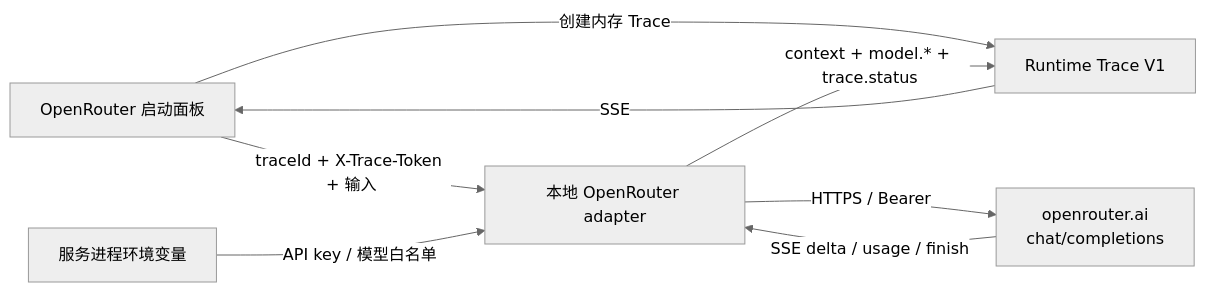
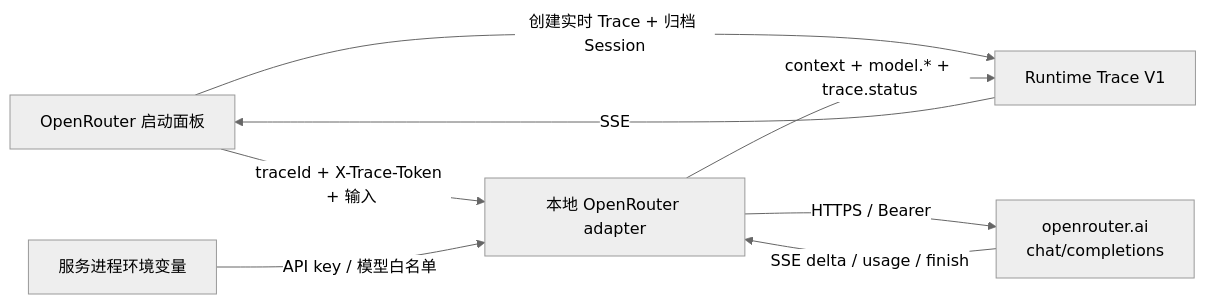
One commit to LasVie/OpenJiuwen_Visualization changed the diagram in docs/openrouter-provider-v1.md. Above: the diagram before and after it, drawn with Mermaid (neutral theme). The commit also changed other lines of this file and 51 other files, not shown here.

````diff
--- a/docs/openrouter-provider-v1.md
+++ b/docs/openrouter-provider-v1.md
@@ -7,10 +7,10 @@
 ```mermaid
 flowchart LR
-  UI["OpenRouter 启动面板"] -->|"创建内存 Trace"| Trace["Runtime Trace V1"]
+  UI["OpenRouter 启动面板"] -->|"创建实时 Trace + 归档 Session"| Trace["Runtime Trace V1"]
   UI -->|"traceId + X-Trace-Token + 输入"| Adapter["本地 OpenRouter adapter"]
   Env["服务进程环境变量"] -->|"API key / 模型白名单"| Adapter
   Adapter -->|"HTTPS / Bearer"| OR["openrouter.ai\nchat/completions"]
   OR -->|"SSE delta / usage / finish"| Adapter
   Adapter -->|"context + model.* + trace.status"| Trace
   Trace -->|"SSE"| UI
 ```
````
